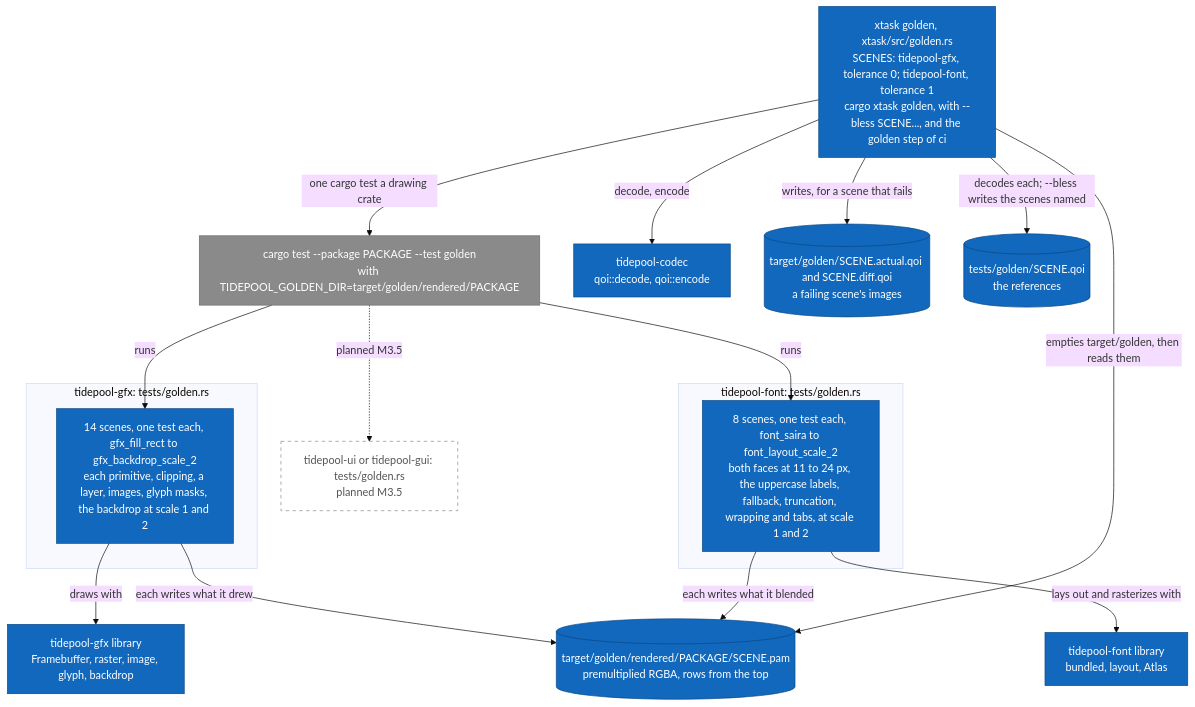
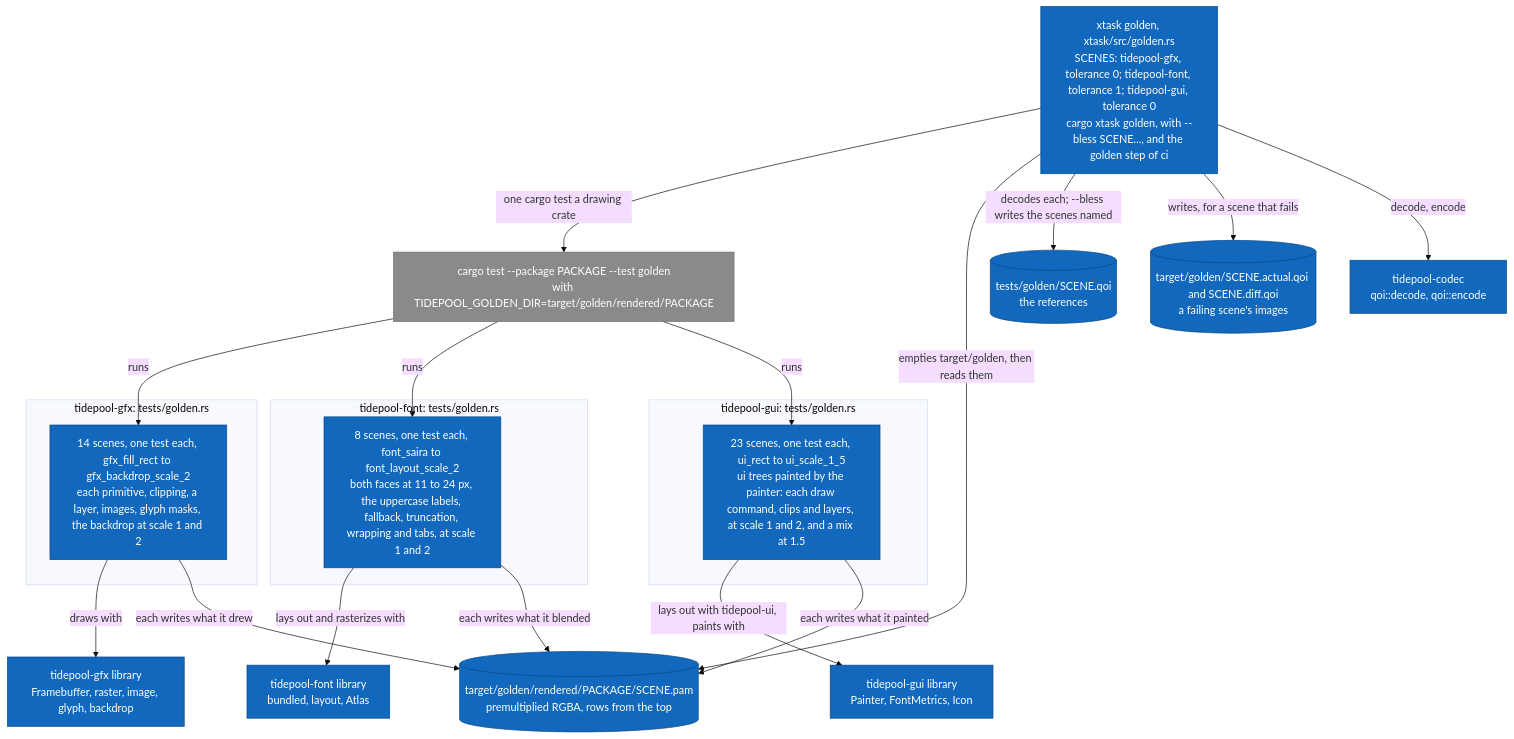
One commit to jabbott-iii/Tidepool changed diagram 17 of 17 in diagrams/c4-architecture.md. Above: the diagram before and after it, drawn with Mermaid (base theme). The commit also changed other lines of this file and 51 other files, not shown here.

First line of the commit message:
gui: draw-list painter and ui goldens (M3.5)

````diff
--- a/diagrams/c4-architecture.md
+++ b/diagrams/c4-architecture.md
@@ -988,40 +991,44 @@
 ```mermaid
 flowchart TB
-    c_golden["xtask golden, xtask/src/golden.rs<br/>SCENES: tidepool-gfx, tolerance 0; tidepool-font, tolerance 1<br/>cargo xtask golden, with --bless SCENE..., and the golden step of ci"]
+    c_golden["xtask golden, xtask/src/golden.rs<br/>SCENES: tidepool-gfx, tolerance 0; tidepool-font, tolerance 1; tidepool-gui, tolerance 0<br/>cargo xtask golden, with --bless SCENE..., and the golden step of ci"]
     e_cargo["cargo test --package PACKAGE --test golden<br/>with TIDEPOOL_GOLDEN_DIR=target/golden/rendered/PACKAGE"]
     subgraph b_gfx["tidepool-gfx: tests/golden.rs"]
         t_scenes["14 scenes, one test each, gfx_fill_rect to gfx_backdrop_scale_2<br/>each primitive, clipping, a layer, images, glyph masks, the backdrop at scale 1 and 2"]
     end
     subgraph b_font["tidepool-font: tests/golden.rs"]
         t_font["8 scenes, one test each, font_saira to font_layout_scale_2<br/>both faces at 11 to 24 px, the uppercase labels, fallback, truncation, wrapping and tabs, at scale 1 and 2"]
     end
     k_font["tidepool-font library<br/>bundled, layout, Atlas"]
-    t_ui["tidepool-ui or tidepool-gui: tests/golden.rs<br/>planned M3.5"]
+    subgraph b_gui["tidepool-gui: tests/golden.rs"]
+        t_ui["23 scenes, one test each, ui_rect to ui_scale_1_5<br/>ui trees painted by the painter: each draw command, clips and layers, at scale 1 and 2, and a mix at 1.5"]
+    end
+    k_gui["tidepool-gui library<br/>Painter, FontMetrics, Icon"]
     k_gfx["tidepool-gfx library<br/>Framebuffer, raster, image, glyph, backdrop"]
     k_codec["tidepool-codec<br/>qoi::decode, qoi::encode"]
     s_rendered[("target/golden/rendered/PACKAGE/SCENE.pam<br/>premultiplied RGBA, rows from the top")]
     s_images[("target/golden/SCENE.actual.qoi and SCENE.diff.qoi<br/>a failing scene's images")]
     s_refs[("tests/golden/SCENE.qoi<br/>the references")]
 
     c_golden -->|"one cargo test a drawing crate"| e_cargo
     e_cargo -->|"runs"| t_scenes
     e_cargo -->|"runs"| t_font
-    e_cargo -.->|"planned M3.5"| t_ui
+    e_cargo -->|"runs"| t_ui
+    t_ui -->|"lays out with tidepool-ui, paints with"| k_gui
+    t_ui -->|"each writes what it painted"| s_rendered
     t_scenes -->|"draws with"| k_gfx
     t_scenes -->|"each writes what it drew"| s_rendered
     t_font -->|"lays out and rasterizes with"| k_font
     t_font -->|"each writes what it blended"| s_rendered
     c_golden -->|"empties target/golden, then reads them"| s_rendered
     c_golden -->|"decodes each; --bless writes the scenes named"| s_refs
     c_golden -->|"writes, for a scene that fails"| s_images
     c_golden -->|"decode, encode"| k_codec
 
     classDef built fill:#1168bd,stroke:#0b4884,color:#ffffff
     classDef external fill:#8a8a8a,stroke:#6b6b6b,color:#ffffff
     classDef planned fill:#ffffff,stroke:#888888,stroke-dasharray: 5 5,color:#555555
     classDef store fill:#1168bd,stroke:#0b4884,color:#ffffff
-    class c_golden,t_scenes,t_font,k_gfx,k_font,k_codec built
-    class t_ui planned
+    class c_golden,t_scenes,t_font,t_ui,k_gfx,k_font,k_gui,k_codec built
     class s_rendered,s_images,s_refs store
     class e_cargo external
 ```
````
